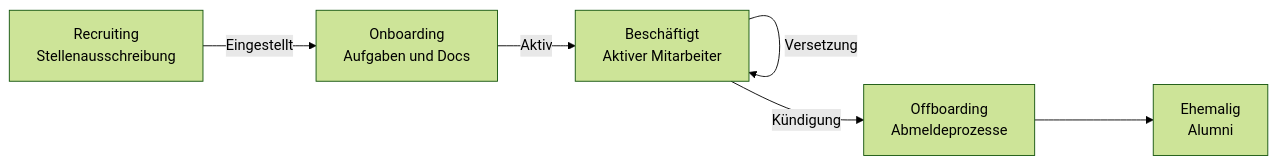
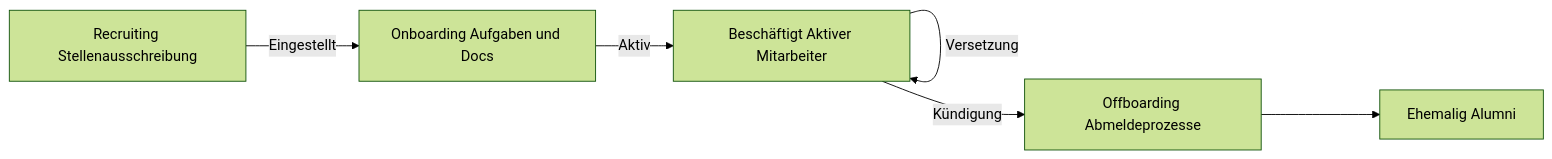
One commit to SoniiiT/notes-n-docs changed the second of 6 diagrams in Microsoft 365/Dynamics 365/Dynamics 365 HR.md. Above: the diagram before and after it, drawn with Mermaid (forest theme). The commit also changed other lines of this file and 124 other files, not shown here.

First line of the commit message:
fix: Entferne \n aus allen Mermaid-Diagrammen (125 Dateien)

````diff
--- a/Microsoft 365/Dynamics 365/Dynamics 365 HR.md
+++ b/Microsoft 365/Dynamics 365/Dynamics 365 HR.md
@@ -59,9 +59,9 @@
 ```mermaid
 graph LR
-    REC[Recruiting\nStellenausschreibung] -->|Eingestellt| ONB[Onboarding\nAufgaben und Docs]
-    ONB -->|Aktiv| EMP4[Beschäftigt\nAktiver Mitarbeiter]
+    REC[Recruiting Stellenausschreibung] -->|Eingestellt| ONB[Onboarding Aufgaben und Docs]
+    ONB -->|Aktiv| EMP4[Beschäftigt Aktiver Mitarbeiter]
     EMP4 -->|Beförderung| EMP4
     EMP4 -->|Versetzung| EMP4
-    EMP4 -->|Kündigung| OFF[Offboarding\nAbmeldeprozesse]
-    OFF --> EX[Ehemalig\nAlumni]
+    EMP4 -->|Kündigung| OFF[Offboarding Abmeldeprozesse]
+    OFF --> EX[Ehemalig Alumni]
 ```
````
